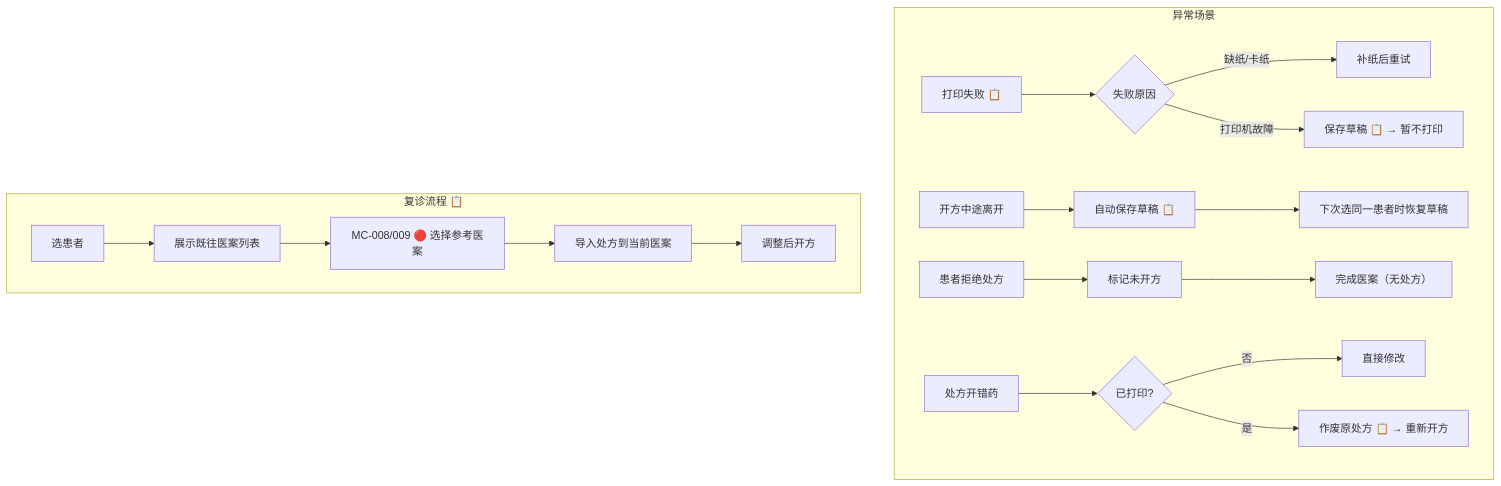
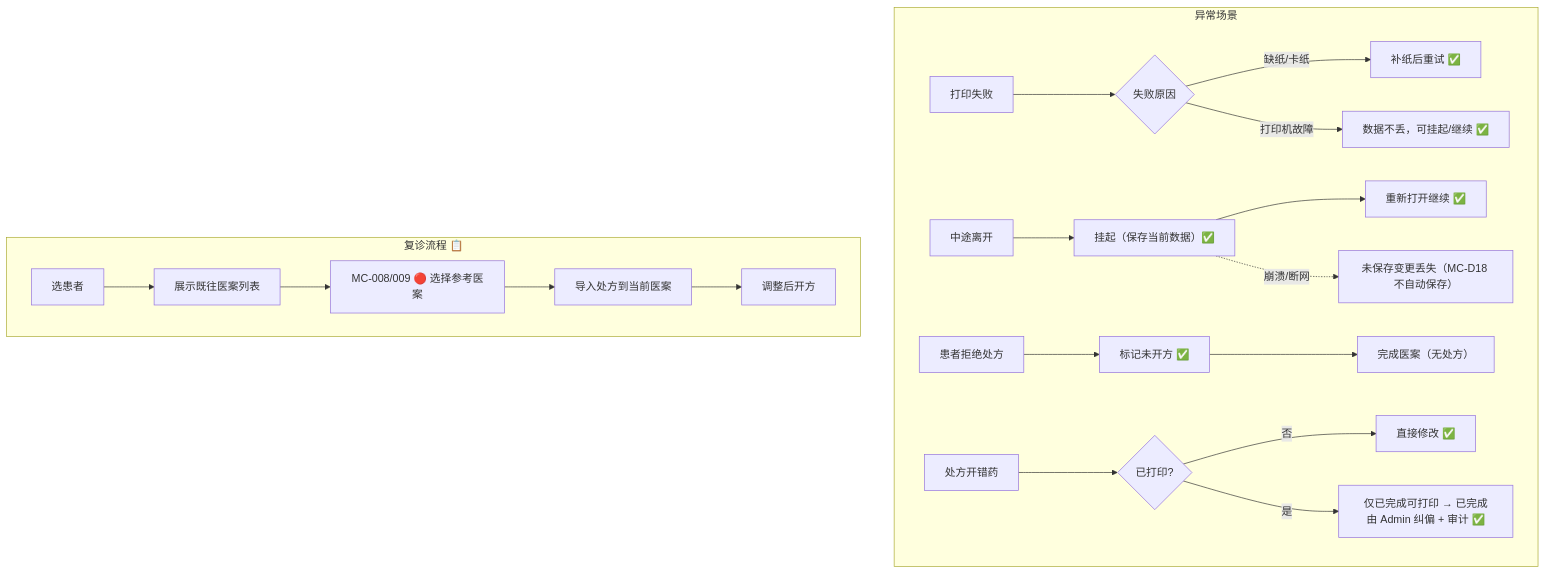
One commit to shouqitao/LYBTZYZS changed the ninth of 11 diagrams in docs/01-product/02-personas.md. Above: the diagram before and after it, drawn with Mermaid. The commit also changed other lines of this file and 8 other files, not shown here.

````diff
--- a/docs/01-product/02-personas.md
+++ b/docs/01-product/02-personas.md
@@ -288,25 +288,26 @@
 ```mermaid
 flowchart TD
     subgraph exceptions["异常场景"]
-        E1[打印失败 📋] --> E1a{失败原因}
-        E1a -->|缺纸/卡纸| E1b[补纸后重试]
-        E1a -->|打印机故障| E1c[保存草稿 📋 → 暂不打印]
+        E1[打印失败] --> E1a{失败原因}
+        E1a -->|缺纸/卡纸| E1b[补纸后重试 ✅]
+        E1a -->|打印机故障| E1c[数据不丢，可挂起/继续 ✅]
 
-        E2[开方中途离开] --> E2a[自动保存草稿 📋]
-        E2a --> E2b[下次选同一患者时恢复草稿]
+        E2[中途离开] --> E2a[挂起（保存当前数据）✅]
+        E2a --> E2b[重新打开继续 ✅]
+        E2a -.->|崩溃/断网| E2c[未保存变更丢失（MC-D18 不自动保存）]
 
-        E3[患者拒绝处方] --> E3a[标记未开方]
+        E3[患者拒绝处方] --> E3a[标记未开方 ✅]
         E3a --> E3b[完成医案（无处方）]
 
         E4[处方开错药] --> E4a{已打印?}
-        E4a -->|否| E4b[直接修改]
-        E4a -->|是| E4c[作废原处方 📋 → 重新开方]
+        E4a -->|否| E4b[直接修改 ✅]
+        E4a -->|是| E4c[仅已完成可打印 → 已完成由 Admin 纠偏 + 审计 ✅]
     end
 
     subgraph revisit["复诊流程 📋"]
         F1[选患者] --> F2[展示既往医案列表]
         F2 --> F3[MC-008/009 🔴 选择参考医案]
         F3 --> F4[导入处方到当前医案]
         F4 --> F5[调整后开方]
     end
 ```
````
